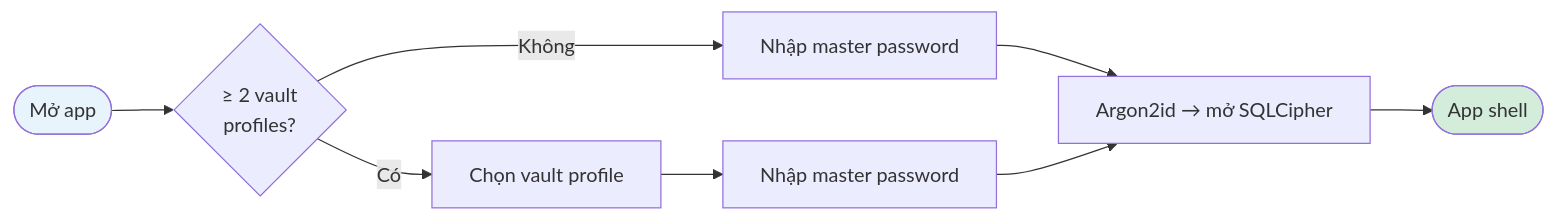
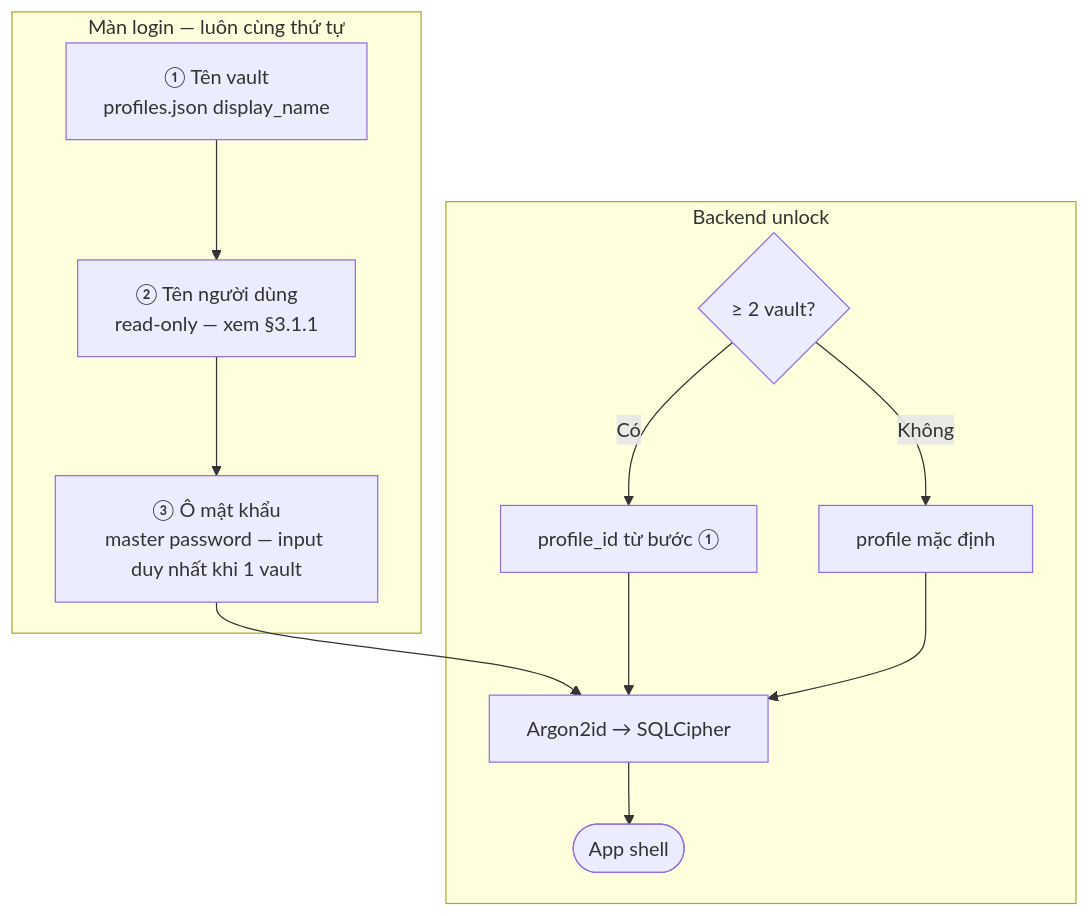
One commit to SK-Vietnam-Fishery/vipavault changed the second of 14 diagrams in docs/technical-decisions.md. Above: the diagram before and after it, drawn with Mermaid. The commit also changed other lines of this file and 6 other files, not shown here.

First line of the commit message:
docs: login UI shows vault and user name before password

````diff
--- a/docs/technical-decisions.md
+++ b/docs/technical-decisions.md
@@ -75,13 +82,19 @@
 ```mermaid
-flowchart LR
-  Start([Mở app]) --> Count{≥ 2 vault\nprofiles?}
-  Count -->|Không| Pass1[Nhập master password]
-  Count -->|Có| Select[Chọn vault profile]
-  Select --> Pass2[Nhập master password]
-  Pass1 --> Unlock[Argon2id → mở SQLCipher]
-  Pass2 --> Unlock
-  Unlock --> App([App shell])
+flowchart TB
+  subgraph UI["Màn login — luôn cùng thứ tự"]
+    V["① Tên vault\nprofiles.json display_name"]
+    U["② Tên người dùng\nread-only — xem §3.1.1"]
+    P["③ Ô mật khẩu\nmaster password — input duy nhất khi 1 vault"]
+    V --> U --> P
+  end
 
-  style Start fill:#e8f4fc
-  style App fill:#d4edda
+  subgraph Backend["Backend unlock"]
+    P --> Derive[Argon2id → SQLCipher]
+    Multi{≥ 2 vault?}
+    Multi -->|Có| Pick[profile_id từ bước ①]
+    Multi -->|Không| Single[profile mặc định]
+    Pick --> Derive
+    Single --> Derive
+    Derive --> App([App shell])
+  end
 ```
````
